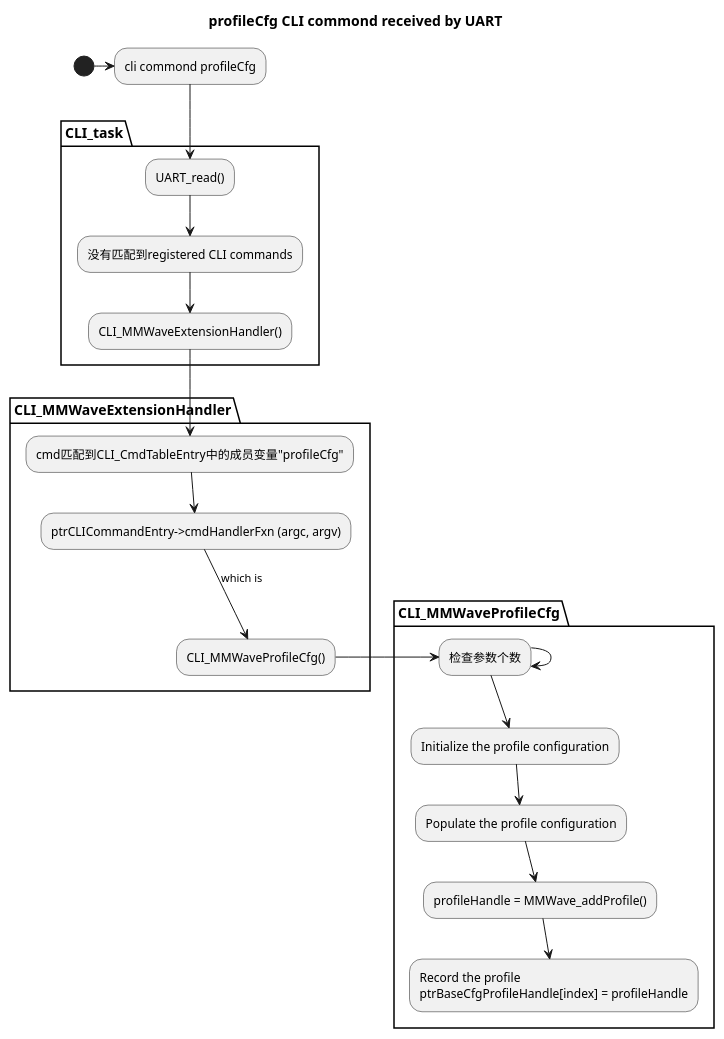
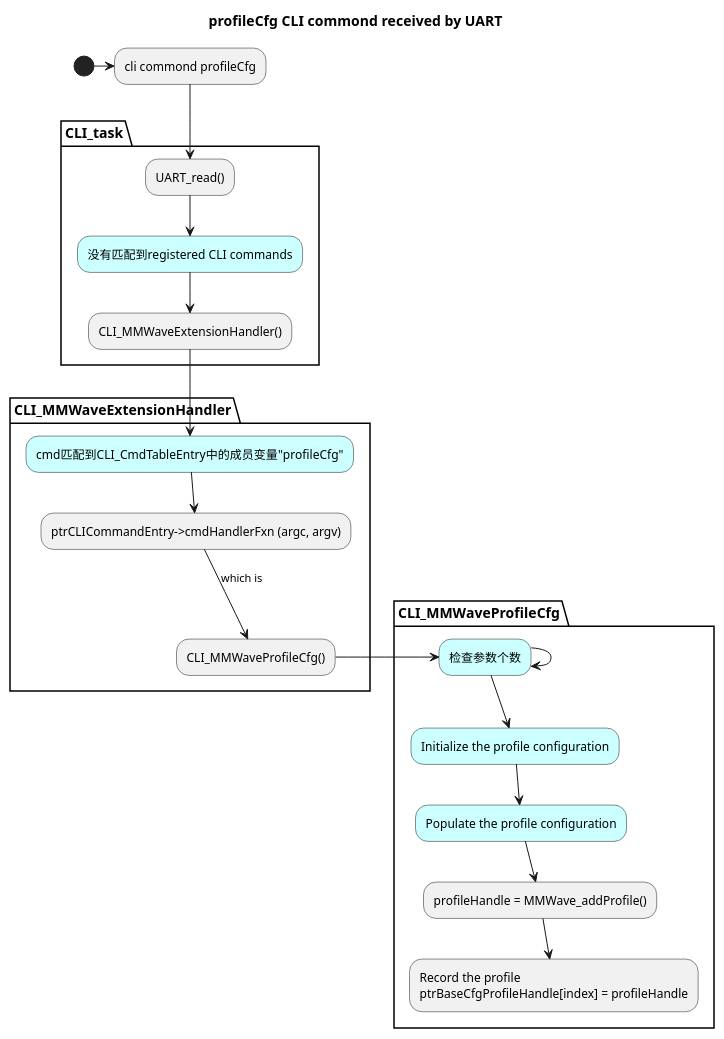
Before and after one commit to Mr-Bulijiojio/NotesTIproject: the first of 3 diagrams in whengetCLIcmd.plantuml, drawn with PlantUML. The commit also changed other lines of this file and 1 other file, not shown here.

```diff
--- a/whengetCLIcmd.plantuml
+++ b/whengetCLIcmd.plantuml
@@ -1,28 +1,28 @@
 @startuml  profileCfgCLIcommond
     title profileCfg CLI commond received by UART
 
         (*)->"cli commond profileCfg" 
 
     partition "CLI_task"
         --> UART_read()
-        --> "没有匹配到registered CLI commands"
+        --> "没有匹配到registered CLI commands" #CCFFFF
         --> CLI_MMWaveExtensionHandler()
     end partition
 
     partition CLI_MMWaveExtensionHandler
-        "CLI_MMWaveExtensionHandler()"-->cmd匹配到CLI_CmdTableEntry中的成员变量"profileCfg"
+        "CLI_MMWaveExtensionHandler()"-->cmd匹配到CLI_CmdTableEntry中的成员变量"profileCfg" #CCFFFF
         -->"ptrCLICommandEntry->cmdHandlerFxn (argc, argv)"
         -->[which is]CLI_MMWaveProfileCfg()
     end partition
 
     partition CLI_MMWaveProfileCfg
-        "CLI_MMWaveProfileCfg()"->"检查参数个数"
+        "CLI_MMWaveProfileCfg()"->"检查参数个数" #CCFFFF
         -->检查参数个数
-        -->"Initialize the profile configuration"
-        -->"Populate the profile configuration"
+        -->"Initialize the profile configuration" #CCFFFF
+        -->"Populate the profile configuration" #CCFFFF
         -->"profileHandle = MMWave_addProfile()"
         -->"Record the profile
             ptrBaseCfgProfileHandle[index] = profileHandle"
     end partition
 
 @enduml
```
